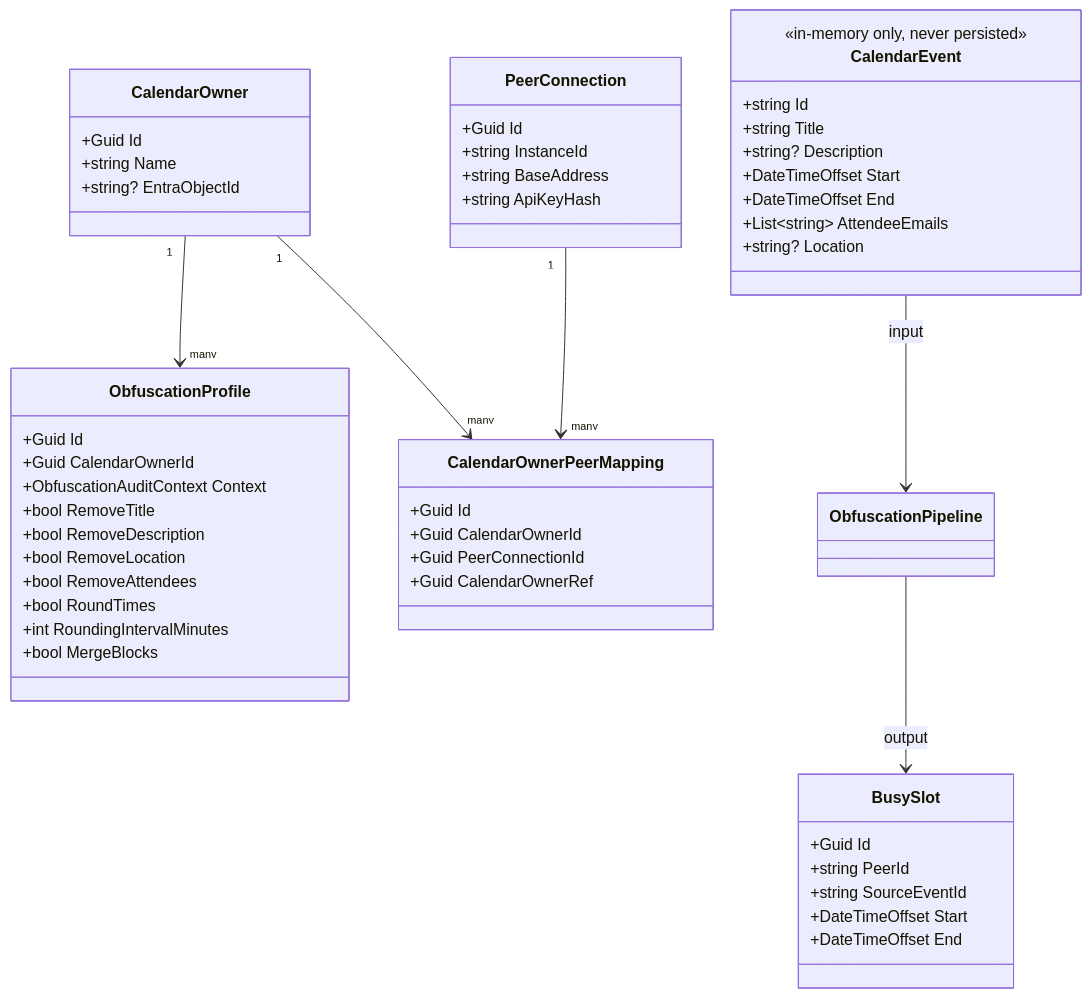
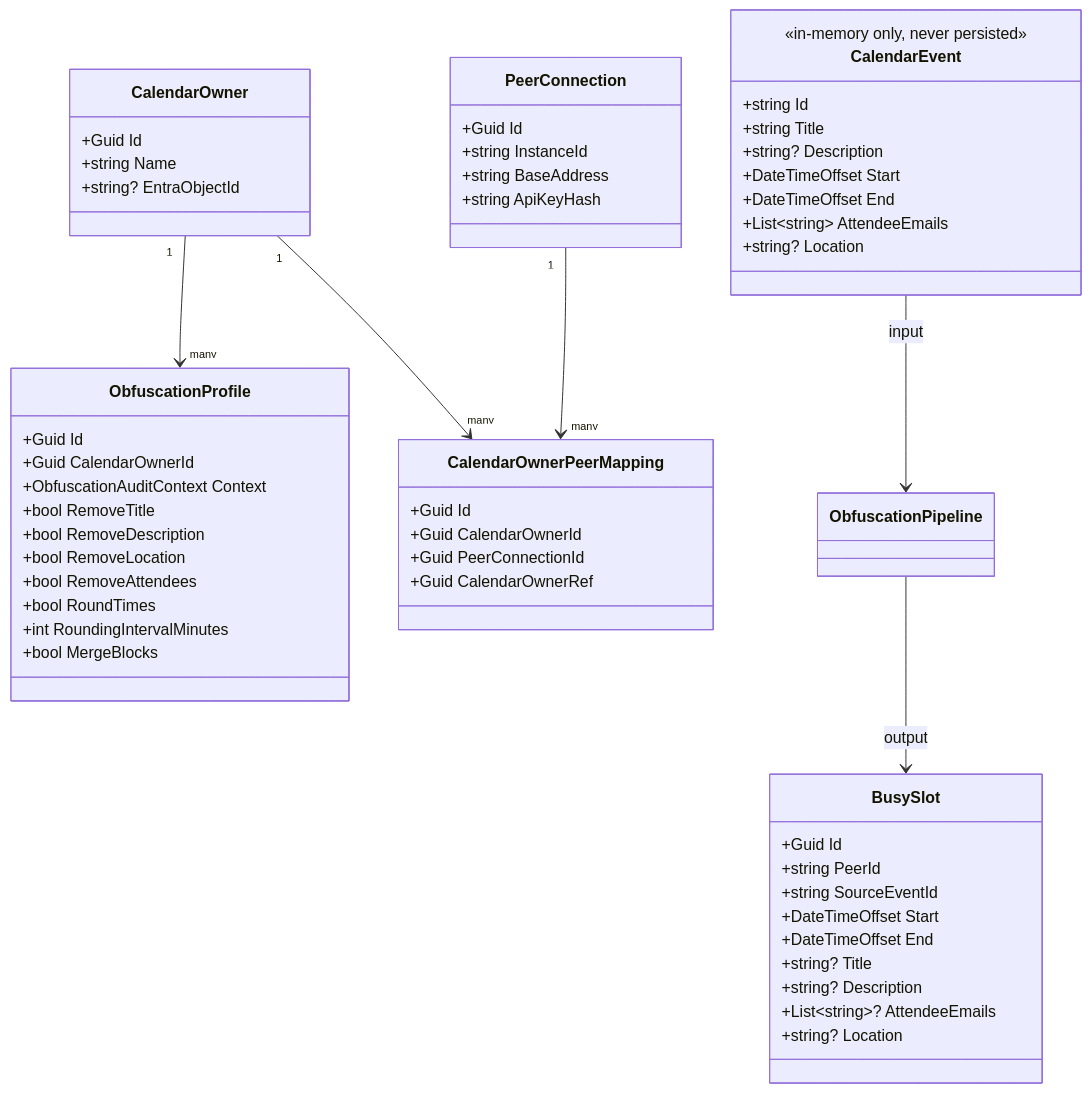
The diagram in docs/05-building-block-view.md (InfSupStageMG/ObfusCal), drawn with Mermaid before and after one commit. The commit also changed other lines of this file and 21 other files, not shown here.

````diff
--- a/docs/05-building-block-view.md
+++ b/docs/05-building-block-view.md
@@ -77,55 +77,59 @@
 ```mermaid
 classDiagram
     class CalendarOwner {
         +Guid Id
         +string Name
         +string? EntraObjectId
     }
     class ObfuscationProfile {
         +Guid Id
         +Guid CalendarOwnerId
         +ObfuscationAuditContext Context
         +bool RemoveTitle
         +bool RemoveDescription
         +bool RemoveLocation
         +bool RemoveAttendees
         +bool RoundTimes
         +int RoundingIntervalMinutes
         +bool MergeBlocks
     }
     class PeerConnection {
         +Guid Id
         +string InstanceId
         +string BaseAddress
         +string ApiKeyHash
     }
     class CalendarOwnerPeerMapping {
         +Guid Id
         +Guid CalendarOwnerId
         +Guid PeerConnectionId
         +Guid CalendarOwnerRef
     }
     class BusySlot {
         +Guid Id
         +string PeerId
         +string SourceEventId
         +DateTimeOffset Start
         +DateTimeOffset End
+        +string? Title
+        +string? Description
+        +List~string~? AttendeeEmails
+        +string? Location
     }
     class CalendarEvent {
         <<in-memory only, never persisted>>
         +string Id
         +string Title
         +string? Description
         +DateTimeOffset Start
         +DateTimeOffset End
         +List~string~ AttendeeEmails
         +string? Location
     }
 
     CalendarOwner "1" --> "many" CalendarOwnerPeerMapping
     CalendarOwner "1" --> "many" ObfuscationProfile
     PeerConnection "1" --> "many" CalendarOwnerPeerMapping
     CalendarEvent --> ObfuscationPipeline : input
     ObfuscationPipeline --> BusySlot : output
 ```
````
